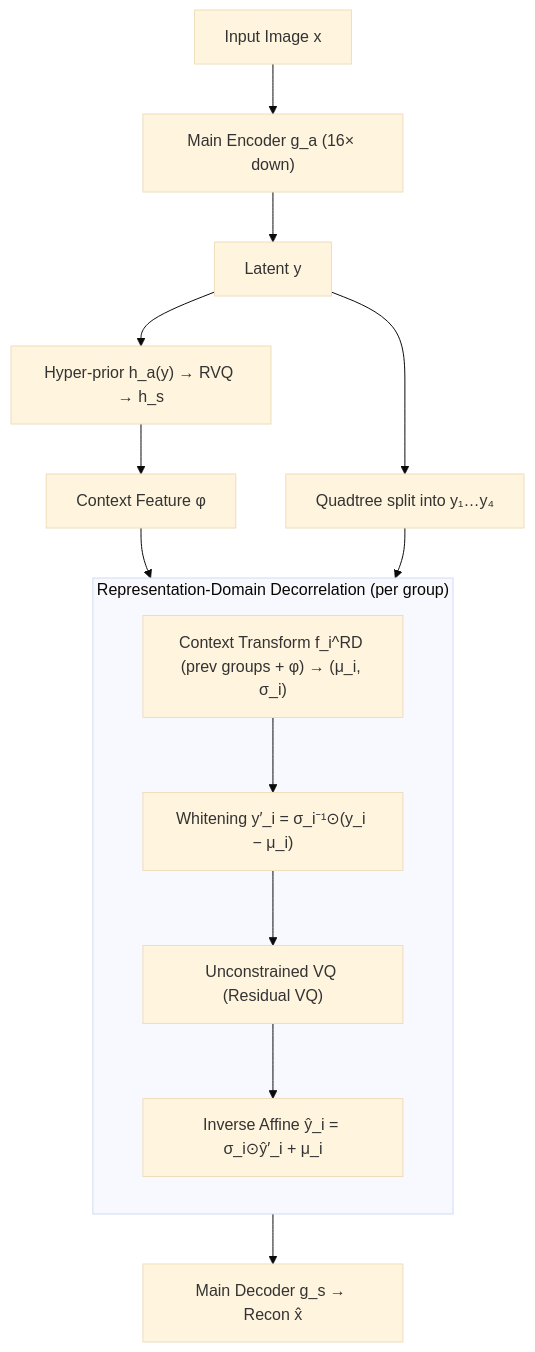
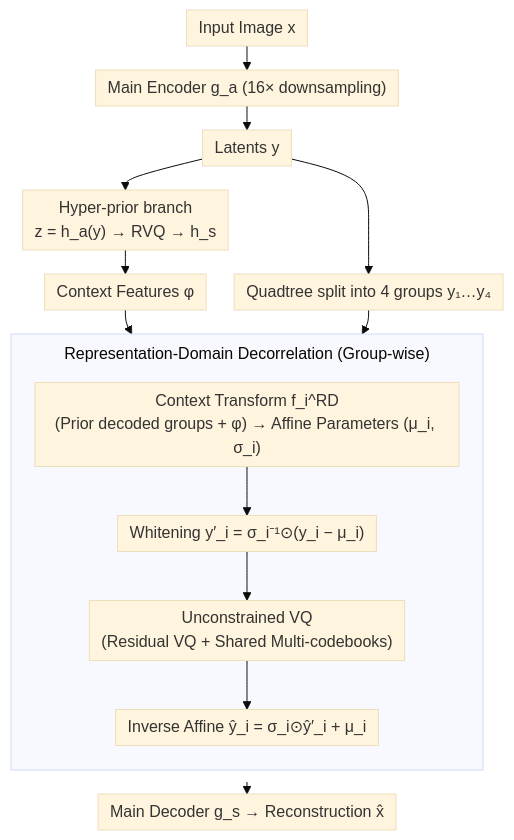
The diagram in docs/ICML2026/model_compression/efficient_learned_image_compression_without_entropy_coding.md (zhaoyang97/Paper-Notes-en), drawn with Mermaid (base theme) before and after one commit. The commit also changed other lines of this file and 5084 other files, not shown here.

````diff
--- a/docs/ICML2026/model_compression/efficient_learned_image_compression_without_entropy_coding.md
+++ b/docs/ICML2026/model_compression/efficient_learned_image_compression_without_entropy_coding.md
@@ -43,18 +43,19 @@
 ```mermaid
-graph TD
-    X["Input Image x"] --> GA["Main Encoder g_a (16× down)"]
-    GA --> Y["Latent y"]
-    Y --> HA["Hyper-prior h_a(y) → RVQ → h_s"]
-    HA --> PHI["Context Feature φ"]
-    Y --> QT["Quadtree split into y₁…y₄"]
-    subgraph RD["Representation-Domain Decorrelation (per group)"]
+%%{init: {'flowchart': {'rankSpacing': 24, 'nodeSpacing': 28, 'padding': 6, 'wrappingWidth': 400, 'subGraphTitleMargin': {'top': 8, 'bottom': 16}}}}%%
+flowchart TD
+    X["Input Image x"] --> GA["Main Encoder g_a (16× downsampling)"]
+    GA --> Y["Latents y"]
+    Y --> HA["Hyper-prior branch<br/>z = h_a(y) → RVQ → h_s"]
+    HA --> PHI["Context Features φ"]
+    Y --> QT["Quadtree split into 4 groups y₁…y₄"]
+    subgraph RD["Representation-Domain Decorrelation (Group-wise)"]
         direction TB
-        CTX["Context Transform f_i^RD (prev groups + φ) → (μ_i, σ_i)"]
+        CTX["Context Transform f_i^RD<br/>(Prior decoded groups + φ) → Affine Parameters (μ_i, σ_i)"]
         CTX --> WHITE["Whitening y′_i = σ_i⁻¹⊙(y_i − μ_i)"]
-        WHITE --> VQ["Unconstrained VQ (Residual VQ)"]
+        WHITE --> VQ["Unconstrained VQ<br/>(Residual VQ + Shared Multi-codebooks)"]
         VQ --> INV["Inverse Affine ŷ_i = σ_i⊙ŷ′_i + μ_i"]
     end
     PHI --> CTX
     QT --> RD
-    RD --> GS["Main Decoder g_s → Recon x̂"]
+    RD --> GS["Main Decoder g_s → Reconstruction x̂"]
 ```
````
